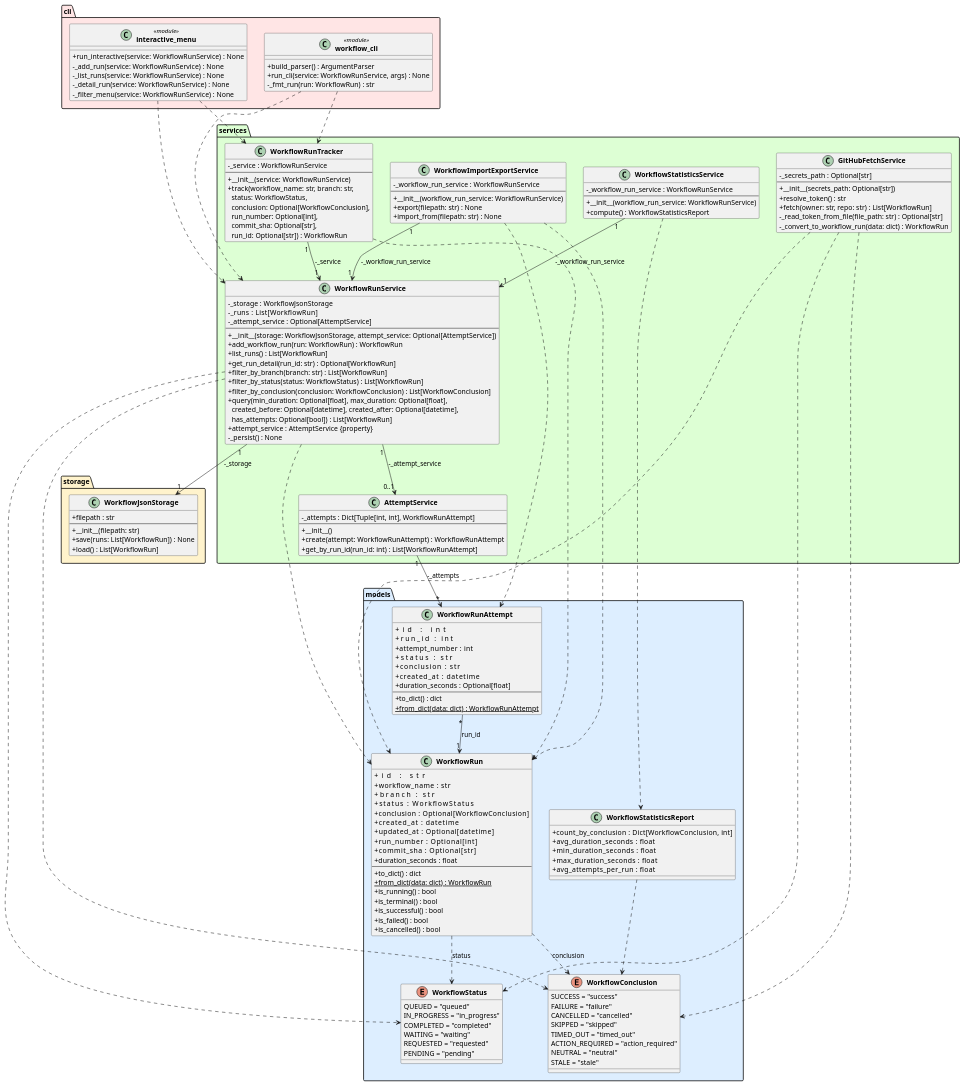
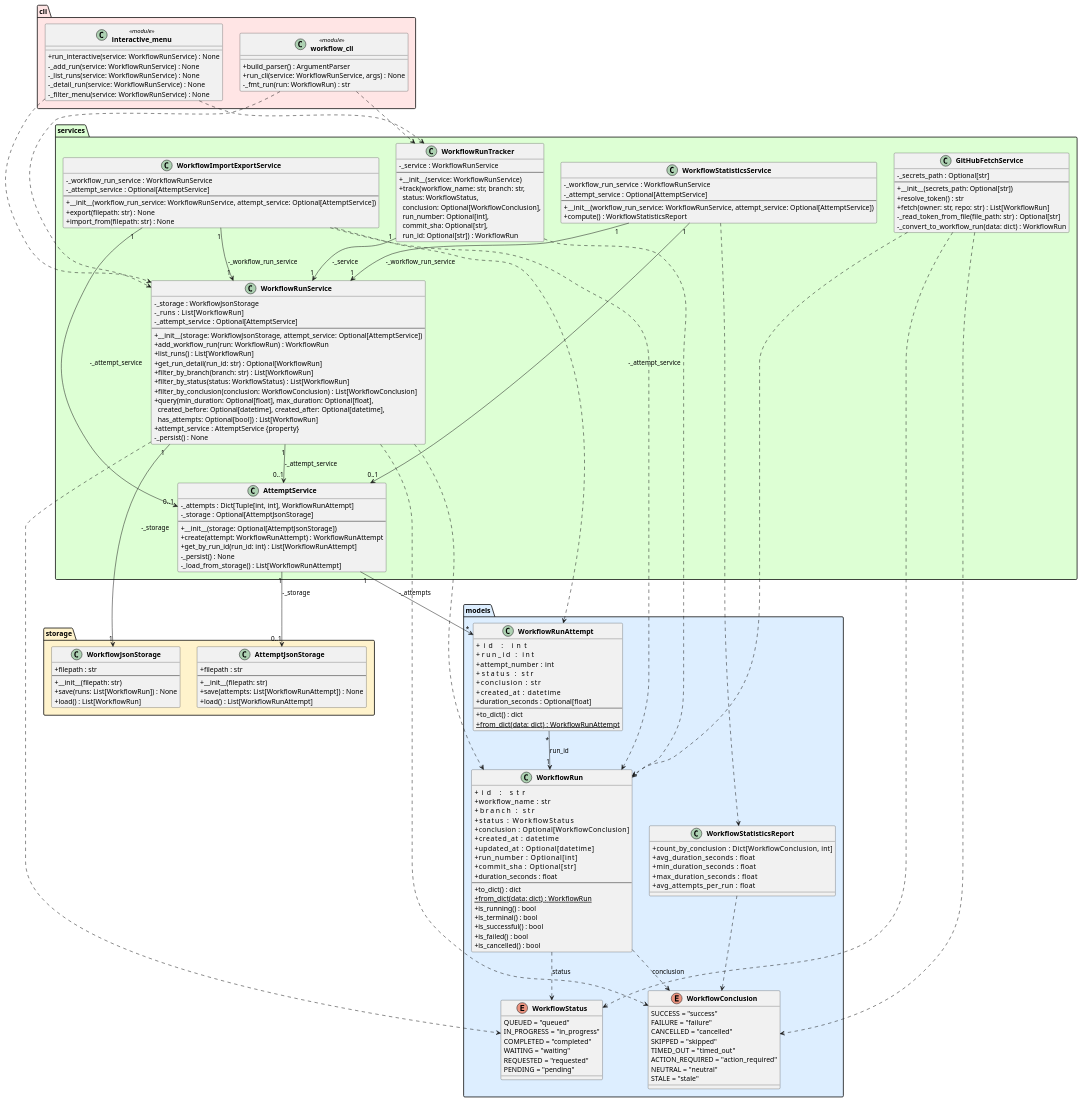
One commit to DanielRiha8906/Software_autoevolution_using_agents changed the diagram in experiments/supervisor_as_tools/test_driven/github-workflow-manager/artifacts/class_diagram.puml. Above: the diagram before and after it, drawn with PlantUML. The commit also changed 7 other files, not shown here.

```diff
--- a/experiments/supervisor_as_tools/test_driven/github-workflow-manager/artifacts/class_diagram.puml
+++ b/experiments/supervisor_as_tools/test_driven/github-workflow-manager/artifacts/class_diagram.puml
@@ -1,180 +1,196 @@
 @startuml class_diagram
 
 skinparam classAttributeIconSize 0
 skinparam classFontStyle bold
 
 package "models" #DDEEFF {
     enum WorkflowStatus {
         QUEUED = "queued"
         IN_PROGRESS = "in_progress"
         COMPLETED = "completed"
         WAITING = "waiting"
         REQUESTED = "requested"
         PENDING = "pending"
     }
 
     enum WorkflowConclusion {
         SUCCESS = "success"
         FAILURE = "failure"
         CANCELLED = "cancelled"
         SKIPPED = "skipped"
         TIMED_OUT = "timed_out"
         ACTION_REQUIRED = "action_required"
         NEUTRAL = "neutral"
         STALE = "stale"
     }
 
     class WorkflowRun {
         +id                : str
         +workflow_name     : str
         +branch            : str
         +status            : WorkflowStatus
         +conclusion        : Optional[WorkflowConclusion]
         +created_at        : datetime
         +updated_at        : Optional[datetime]
         +run_number        : Optional[int]
         +commit_sha        : Optional[str]
         +duration_seconds  : float
         --
         +to_dict() : dict
         +{static} from_dict(data: dict) : WorkflowRun
         +is_running() : bool
         +is_terminal() : bool
         +is_successful() : bool
         +is_failed() : bool
         +is_cancelled() : bool
     }
 
     class WorkflowRunAttempt {
         +id                : int
         +run_id            : int
         +attempt_number    : int
         +status            : str
         +conclusion        : str
         +created_at        : datetime
         +duration_seconds  : Optional[float]
         --
         +to_dict() : dict
         +{static} from_dict(data: dict) : WorkflowRunAttempt
     }
 
     class WorkflowStatisticsReport {
         +count_by_conclusion      : Dict[WorkflowConclusion, int]
         +avg_duration_seconds     : float
         +min_duration_seconds     : float
         +max_duration_seconds     : float
         +avg_attempts_per_run     : float
     }
 }
 
 package "storage" #FFF3CC {
     class WorkflowJsonStorage {
         +filepath : str
         --
         +__init__(filepath: str)
         +save(runs: List[WorkflowRun]) : None
         +load() : List[WorkflowRun]
     }
+
+    class AttemptJsonStorage {
+        +filepath : str
+        --
+        +__init__(filepath: str)
+        +save(attempts: List[WorkflowRunAttempt]) : None
+        +load() : List[WorkflowRunAttempt]
+    }
 }
 
 package "services" #DDFFD4 {
     class WorkflowRunService {
         -_storage : WorkflowJsonStorage
         -_runs    : List[WorkflowRun]
         -_attempt_service : Optional[AttemptService]
         --
         +__init__(storage: WorkflowJsonStorage, attempt_service: Optional[AttemptService])
         +add_workflow_run(run: WorkflowRun) : WorkflowRun
         +list_runs() : List[WorkflowRun]
         +get_run_detail(run_id: str) : Optional[WorkflowRun]
         +filter_by_branch(branch: str) : List[WorkflowRun]
         +filter_by_status(status: WorkflowStatus) : List[WorkflowRun]
         +filter_by_conclusion(conclusion: WorkflowConclusion) : List[WorkflowConclusion]
         +query(min_duration: Optional[float], max_duration: Optional[float],\n  created_before: Optional[datetime], created_after: Optional[datetime],\n  has_attempts: Optional[bool]) : List[WorkflowRun]
         +attempt_service : AttemptService {property}
         -_persist() : None
     }
 
     class WorkflowRunTracker {
         -_service : WorkflowRunService
         --
         +__init__(service: WorkflowRunService)
         +track(workflow_name: str, branch: str,\n  status: WorkflowStatus,\n  conclusion: Optional[WorkflowConclusion],\n  run_number: Optional[int],\n  commit_sha: Optional[str],\n  run_id: Optional[str]) : WorkflowRun
     }
 
     class AttemptService {
         -_attempts : Dict[Tuple[int, int], WorkflowRunAttempt]
+        -_storage : Optional[AttemptJsonStorage]
         --
-        +__init__()
+        +__init__(storage: Optional[AttemptJsonStorage])
         +create(attempt: WorkflowRunAttempt) : WorkflowRunAttempt
         +get_by_run_id(run_id: int) : List[WorkflowRunAttempt]
+        -_persist() : None
+        -_load_from_storage() : List[WorkflowRunAttempt]
     }
 
     class WorkflowStatisticsService {
         -_workflow_run_service : WorkflowRunService
+        -_attempt_service : Optional[AttemptService]
         --
-        +__init__(workflow_run_service: WorkflowRunService)
+        +__init__(workflow_run_service: WorkflowRunService, attempt_service: Optional[AttemptService])
         +compute() : WorkflowStatisticsReport
     }
 
     class WorkflowImportExportService {
         -_workflow_run_service : WorkflowRunService
+        -_attempt_service : Optional[AttemptService]
         --
-        +__init__(workflow_run_service: WorkflowRunService)
+        +__init__(workflow_run_service: WorkflowRunService, attempt_service: Optional[AttemptService])
         +export(filepath: str) : None
         +import_from(filepath: str) : None
     }
 
     class GitHubFetchService {
         -_secrets_path : Optional[str]
         --
         +__init__(secrets_path: Optional[str])
         +resolve_token() : str
         +fetch(owner: str, repo: str) : List[WorkflowRun]
         -_read_token_from_file(file_path: str) : Optional[str]
         -_convert_to_workflow_run(data: dict) : WorkflowRun
     }
 }
 
 package "cli" #FFE5E5 {
     class "workflow_cli" <<module>> {
         +build_parser() : ArgumentParser
         +run_cli(service: WorkflowRunService, args) : None
         -_fmt_run(run: WorkflowRun) : str
     }
 
     class "interactive_menu" <<module>> {
         +run_interactive(service: WorkflowRunService) : None
         -_add_run(service: WorkflowRunService) : None
         -_list_runs(service: WorkflowRunService) : None
         -_detail_run(service: WorkflowRunService) : None
         -_filter_menu(service: WorkflowRunService) : None
     }
 }
 
 WorkflowRun                ..>  WorkflowStatus             : status
 WorkflowRun                ..>  WorkflowConclusion         : conclusion
 WorkflowRunAttempt    "*" --> "1" WorkflowRun             : run_id
 WorkflowRunService    "1" --> "1" WorkflowJsonStorage     : -_storage
 WorkflowRunService    "1" --> "0..1" AttemptService       : -_attempt_service
 WorkflowRunService         ..>  WorkflowRun
 WorkflowRunService         ..>  WorkflowStatus
 WorkflowRunService         ..>  WorkflowConclusion
 WorkflowRunTracker    "1" --> "1" WorkflowRunService      : -_service
 WorkflowRunTracker         ..>  WorkflowRun
 AttemptService       "1" --> "*" WorkflowRunAttempt       : -_attempts
+AttemptService       "1" --> "0..1" AttemptJsonStorage    : -_storage
 WorkflowStatisticsService "1" --> "1" WorkflowRunService  : -_workflow_run_service
+WorkflowStatisticsService "1" --> "0..1" AttemptService   : -_attempt_service
 WorkflowStatisticsService      ..>  WorkflowStatisticsReport
 WorkflowStatisticsReport       ..>  WorkflowConclusion
 WorkflowImportExportService "1" --> "1" WorkflowRunService  : -_workflow_run_service
+WorkflowImportExportService "1" --> "0..1" AttemptService   : -_attempt_service
 WorkflowImportExportService    ..>  WorkflowRun
 WorkflowImportExportService    ..>  WorkflowRunAttempt
 GitHubFetchService        ..>  WorkflowRun
 GitHubFetchService        ..>  WorkflowStatus
 GitHubFetchService        ..>  WorkflowConclusion
 "workflow_cli"             ..>  WorkflowRunService
 "workflow_cli"             ..>  WorkflowRunTracker
 "interactive_menu"         ..>  WorkflowRunService
 "interactive_menu"         ..>  WorkflowRunTracker
 
 @enduml
```
